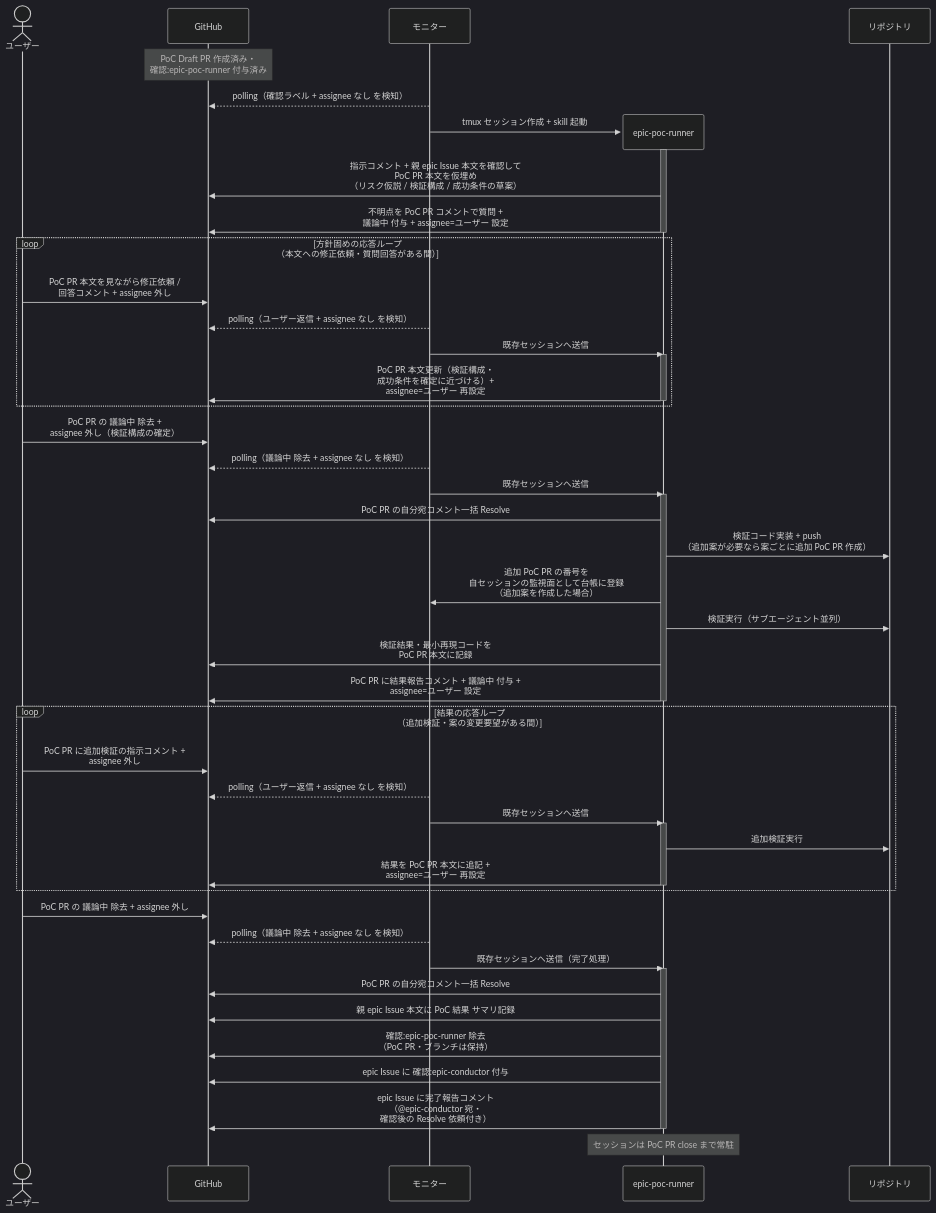
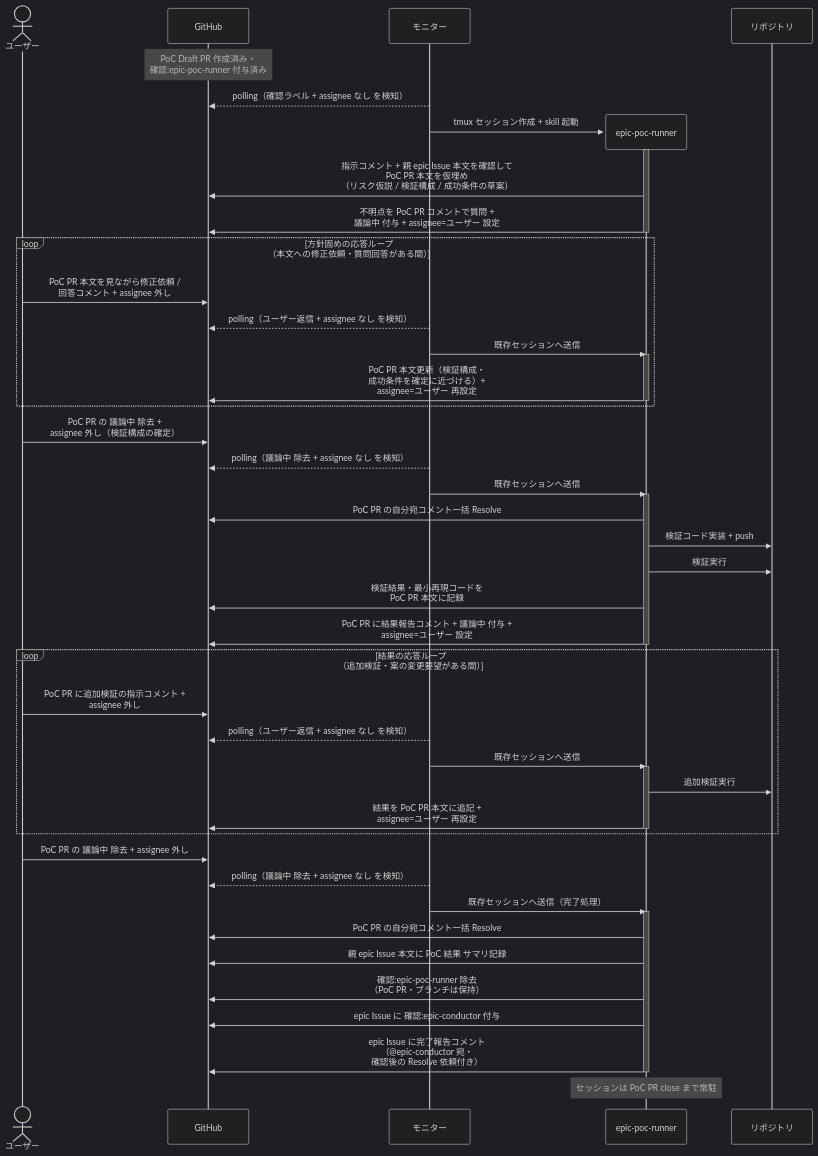
One commit to shuhei1101/ai-monitor-e2e changed the first of 2 diagrams in docs/wiki/設計図/シナリオ/単一ユースケース/実現可能性PoC検証.md. Above: the diagram before and after it, drawn with Mermaid (dark theme). The commit also changed other lines of this file and 2 other files, not shown here.

Commit message:
実現可能性PoC検証を単一案運用に単純化（追加 PoC PR / 並列サブエージェントを廃止）

````diff
--- a/docs/wiki/設計図/シナリオ/単一ユースケース/実現可能性PoC検証.md
+++ b/docs/wiki/設計図/シナリオ/単一ユースケース/実現可能性PoC検証.md
@@ -21,59 +21,58 @@
 ```mermaid
 sequenceDiagram
   actor U as ユーザー
   participant GH as GitHub
   participant ORC as モニター
 
   Note over GH: PoC Draft PR 作成済み・<br>確認:epic-poc-runner 付与済み
   ORC-->>GH: polling（確認ラベル + assignee なし を検知）
   create participant MON as epic-poc-runner
   ORC->>MON: tmux セッション作成 + skill 起動
   participant REPO as リポジトリ
   activate MON
   MON->>GH: 指示コメント + 親 epic Issue 本文を確認して<br>PoC PR 本文を仮埋め<br>（リスク仮説 / 検証構成 / 成功条件の草案）
   MON->>GH: 不明点を PoC PR コメントで質問 +<br>議論中 付与 + assignee=ユーザー 設定
   deactivate MON
 
   loop 方針固めの応答ループ<br>（本文への修正依頼・質問回答がある間）
     U->>GH: PoC PR 本文を見ながら修正依頼 /<br>回答コメント + assignee 外し
     ORC-->>GH: polling（ユーザー返信 + assignee なし を検知）
     ORC->>MON: 既存セッションへ送信
     activate MON
     MON->>GH: PoC PR 本文更新（検証構成・<br>成功条件を確定に近づける）+<br>assignee=ユーザー 再設定
     deactivate MON
   end
 
   U->>GH: PoC PR の 議論中 除去 +<br>assignee 外し（検証構成の確定）
   ORC-->>GH: polling（議論中 除去 + assignee なし を検知）
   ORC->>MON: 既存セッションへ送信
   activate MON
   MON->>GH: PoC PR の自分宛コメント一括 Resolve
-  MON->>REPO: 検証コード実装 + push<br>（追加案が必要なら案ごとに追加 PoC PR 作成）
-  MON->>ORC: 追加 PoC PR の番号を<br>自セッションの監視面として台帳に登録<br>（追加案を作成した場合）
-  MON->>REPO: 検証実行（サブエージェント並列）
+  MON->>REPO: 検証コード実装 + push
+  MON->>REPO: 検証実行
   MON->>GH: 検証結果・最小再現コードを<br>PoC PR 本文に記録
   MON->>GH: PoC PR に結果報告コメント + 議論中 付与 +<br>assignee=ユーザー 設定
   deactivate MON
 
   loop 結果の応答ループ<br>（追加検証・案の変更要望がある間）
     U->>GH: PoC PR に追加検証の指示コメント +<br>assignee 外し
     ORC-->>GH: polling（ユーザー返信 + assignee なし を検知）
     ORC->>MON: 既存セッションへ送信
     activate MON
     MON->>REPO: 追加検証実行
     MON->>GH: 結果を PoC PR 本文に追記 +<br>assignee=ユーザー 再設定
     deactivate MON
   end
 
   U->>GH: PoC PR の 議論中 除去 + assignee 外し
   ORC-->>GH: polling（議論中 除去 + assignee なし を検知）
   ORC->>MON: 既存セッションへ送信（完了処理）
   activate MON
   MON->>GH: PoC PR の自分宛コメント一括 Resolve
   MON->>GH: 親 epic Issue 本文に PoC 結果 サマリ記録
   MON->>GH: 確認:epic-poc-runner 除去<br>（PoC PR・ブランチは保持）
   MON->>GH: epic Issue に 確認:epic-conductor 付与
   MON->>GH: epic Issue に完了報告コメント<br>（@epic-conductor 宛・<br>確認後の Resolve 依頼付き）
   deactivate MON
   Note over MON: セッションは PoC PR close まで常駐
 ```
````
